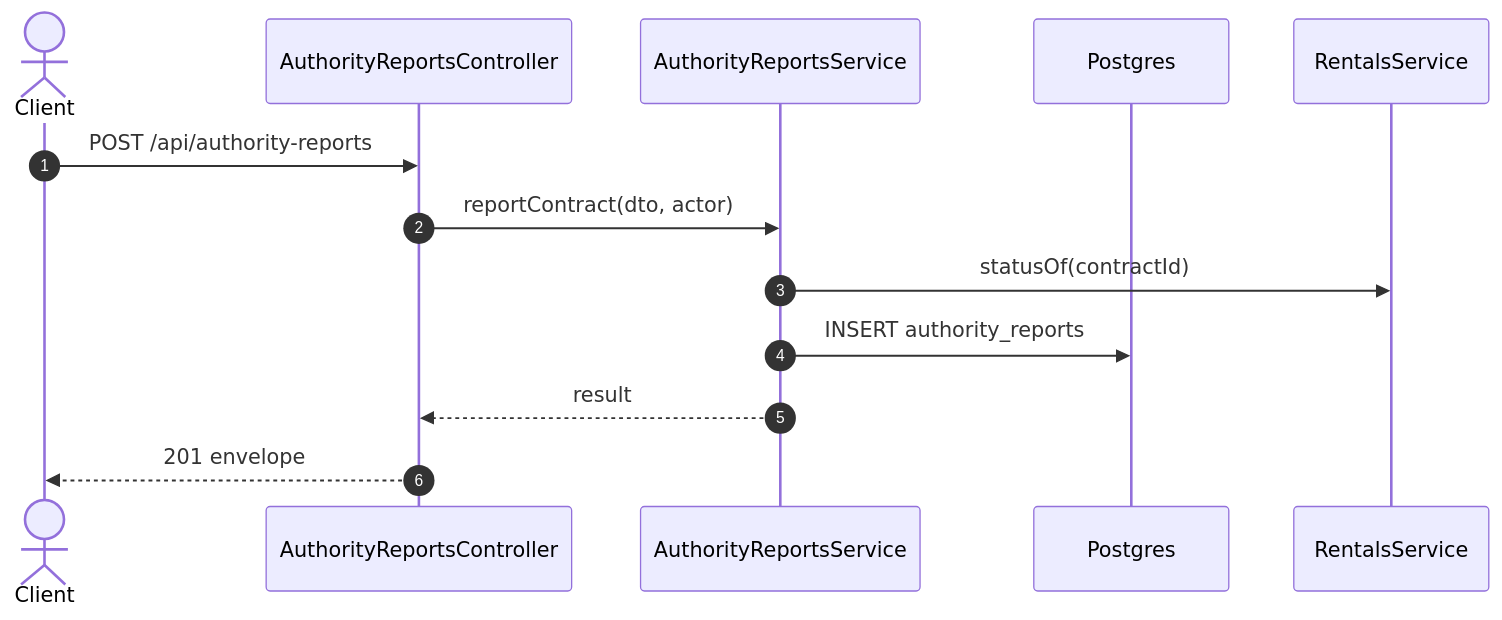
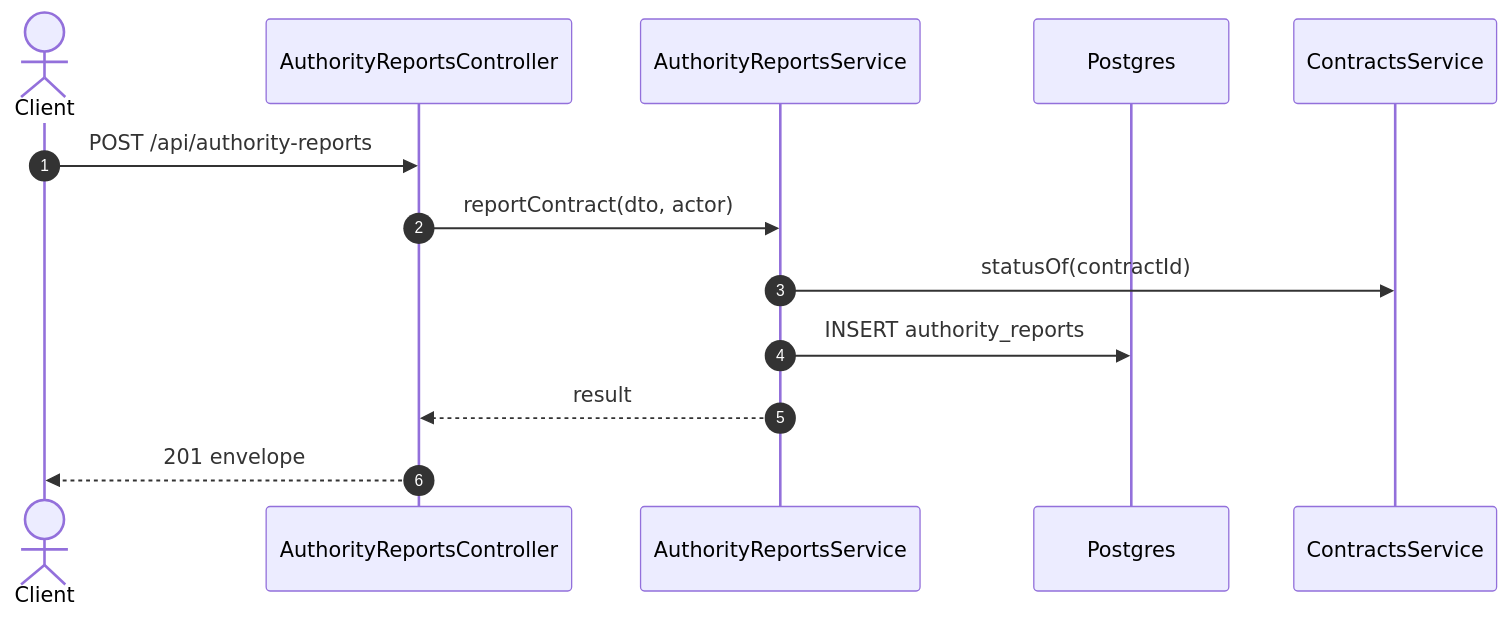
Before and after one commit to TrekLink-Team/treklink-web: the second of 2 diagrams in specs/incidents/api-design/10-post-authority-reports.md, drawn with Mermaid. The commit also changed 3 other files, not shown here.

````diff
--- a/specs/incidents/api-design/10-post-authority-reports.md
+++ b/specs/incidents/api-design/10-post-authority-reports.md
@@ -183,15 +183,15 @@
 ```mermaid
 sequenceDiagram
     autonumber
     actor C as Client
     participant Ctl as AuthorityReportsController
     participant Svc as AuthorityReportsService
     participant DB as Postgres
-    participant Rent as RentalsService
+    participant Contracts as ContractsService
     C->>Ctl: POST /api/authority-reports
     Ctl->>Svc: reportContract(dto, actor)
-    Svc->>Rent: statusOf(contractId)
+    Svc->>Contracts: statusOf(contractId)
     Svc->>DB: INSERT authority_reports
     Svc-->>Ctl: result
     Ctl-->>C: 201 envelope
 ```
````
